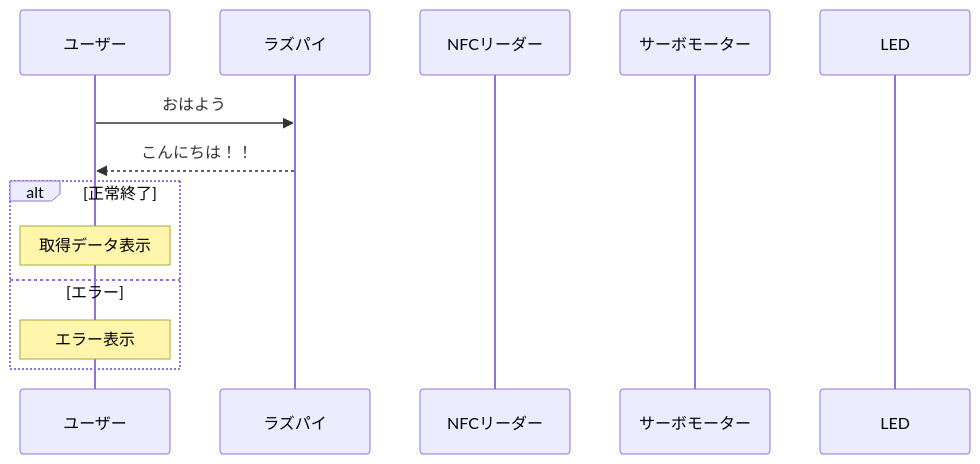
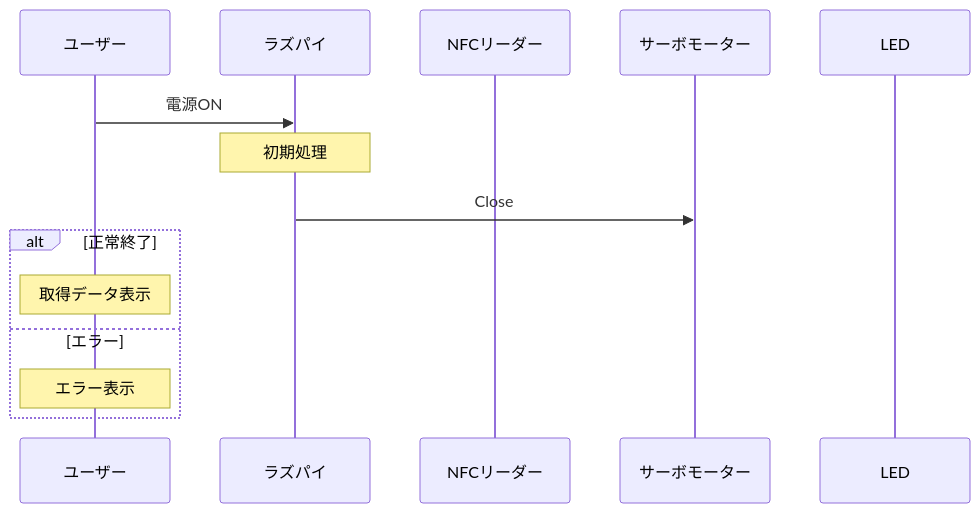
One commit to YUKI-SOKENDAI/SmartLock changed the second of 2 diagrams in memo/SystemMEMO.md. Above: the diagram before and after it, drawn with Mermaid.

````diff
--- a/memo/SystemMEMO.md
+++ b/memo/SystemMEMO.md
@@ -63,19 +63,21 @@
 ```mermaid
 sequenceDiagram
     participant user as ユーザー
     participant raspi as ラズパイ
     participant nfc as NFCリーダー
     participant servo as サーボモーター
     participant led as LED
     
     # hoge
-    user->>raspi: おはよう
-    raspi-->>user: こんにちは！！
+    user->>raspi: 電源ON
+    Note over raspi : 初期処理
+    raspi->>servo: Close
+    #raspi-->>user: こんにちは！！
     
     # hoge
     alt 正常終了
         Note over user : 取得データ表示
     else エラー
         Note over user : エラー表示
     end
 ```
````
